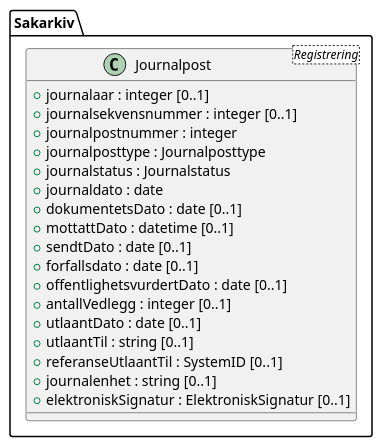
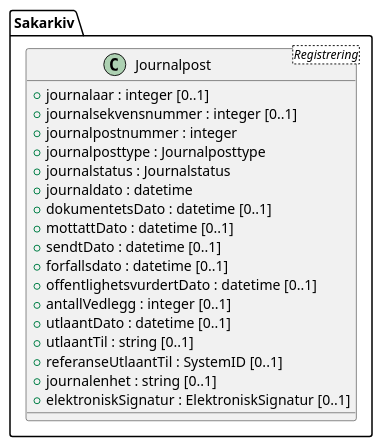
Before and after one commit to arkivverket/noark5-tjenestegrensesnitt-standard: the diagram in kapitler/media/uml-class-journalpost.iuml, drawn with PlantUML. The commit also changed 23 other files, not shown here.

First line of the commit message:
Change all date types to datetime to match Noark 5

```diff
--- a/kapitler/media/uml-class-journalpost.iuml
+++ b/kapitler/media/uml-class-journalpost.iuml
@@ -1,21 +1,21 @@
 @startuml
 class Sakarkiv.Journalpost <Registrering> {
   +journalaar : integer [0..1]
   +journalsekvensnummer : integer [0..1]
   +journalpostnummer : integer
   +journalposttype : Journalposttype
   +journalstatus : Journalstatus
-  +journaldato : date
-  +dokumentetsDato : date [0..1]
+  +journaldato : datetime
+  +dokumentetsDato : datetime [0..1]
   +mottattDato : datetime [0..1]
-  +sendtDato : date [0..1]
-  +forfallsdato : date [0..1]
-  +offentlighetsvurdertDato : date [0..1]
+  +sendtDato : datetime [0..1]
+  +forfallsdato : datetime [0..1]
+  +offentlighetsvurdertDato : datetime [0..1]
   +antallVedlegg : integer [0..1]
-  +utlaantDato : date [0..1]
+  +utlaantDato : datetime [0..1]
   +utlaantTil : string [0..1]
   +referanseUtlaantTil : SystemID [0..1]
   +journalenhet : string [0..1]
   +elektroniskSignatur : ElektroniskSignatur [0..1]
 }
 @enduml
```
